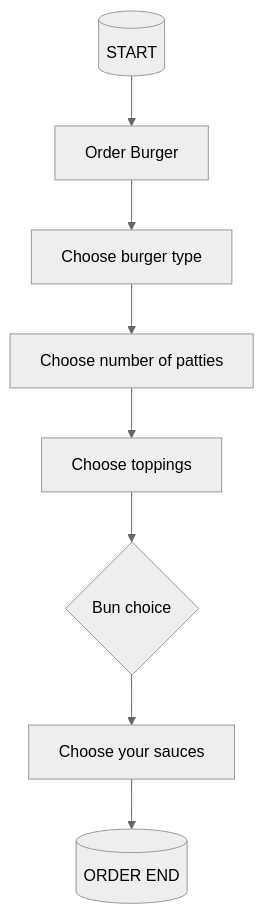
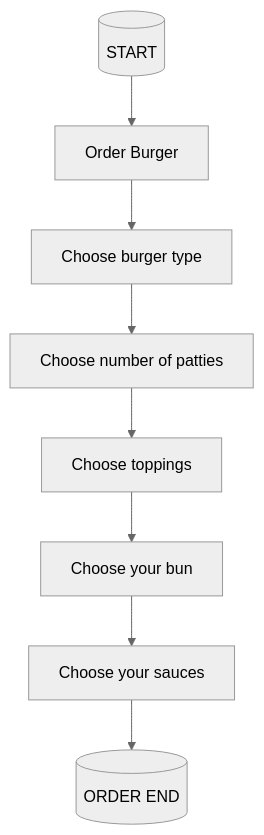
The diagram in README.md (delas6006/Debbie-Mankowitz-showcase-), drawn with Mermaid (neutral theme) before and after one commit.

````diff
--- a/README.md
+++ b/README.md
@@ -26,12 +26,12 @@
 ```mermaid
 graph TD;
 A[(START)]-->B[Order Burger]
 B -->C[Choose burger type]
 C -->D[Choose number of patties]
 D -->E[Choose toppings]
-E -->F{Bun choice}
+E -->F[Choose your bun]
 F -->G[Choose your sauces]
 G -->H{Drinks?}
 H[(ORDER END)]
 
 ```
````
